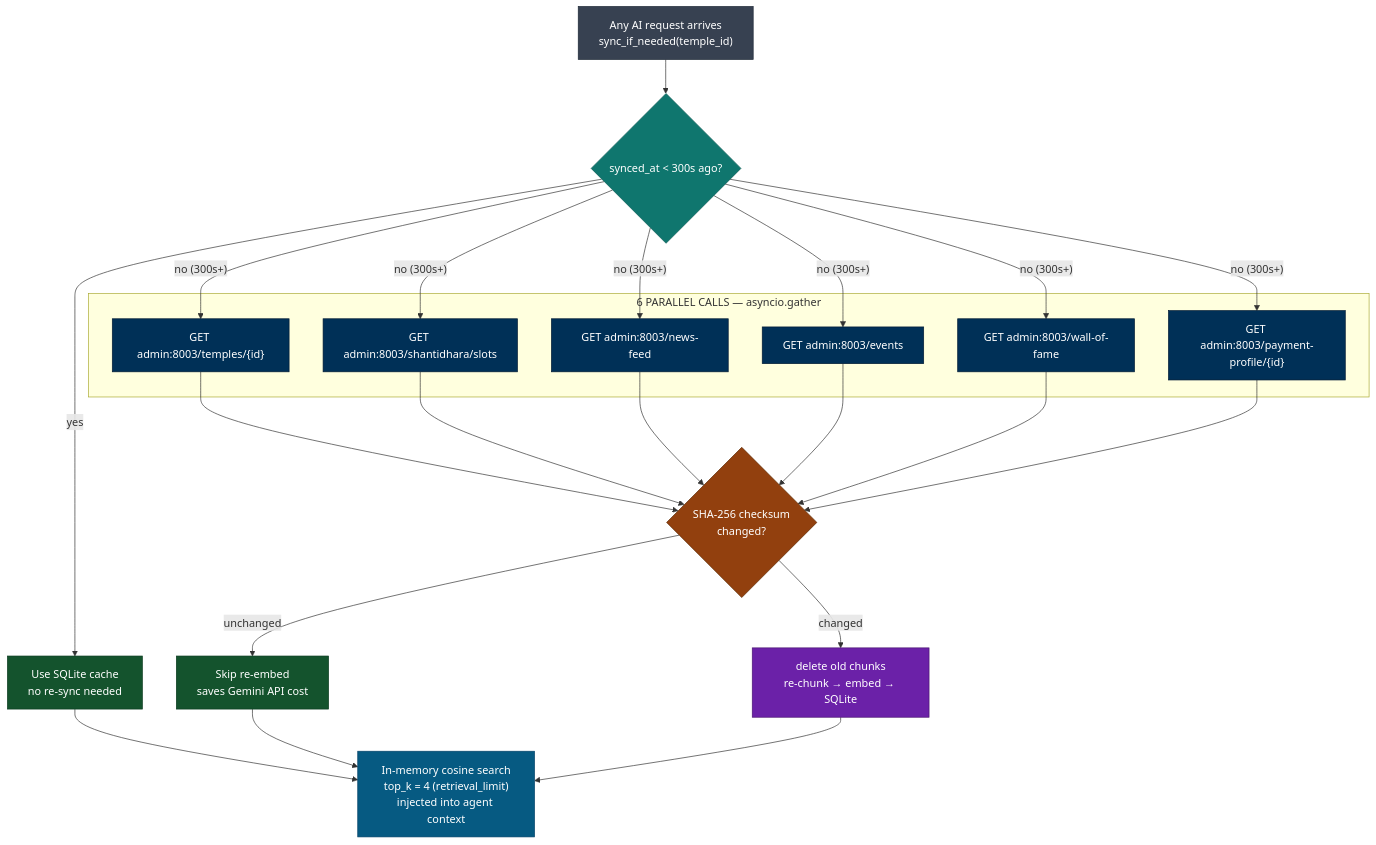
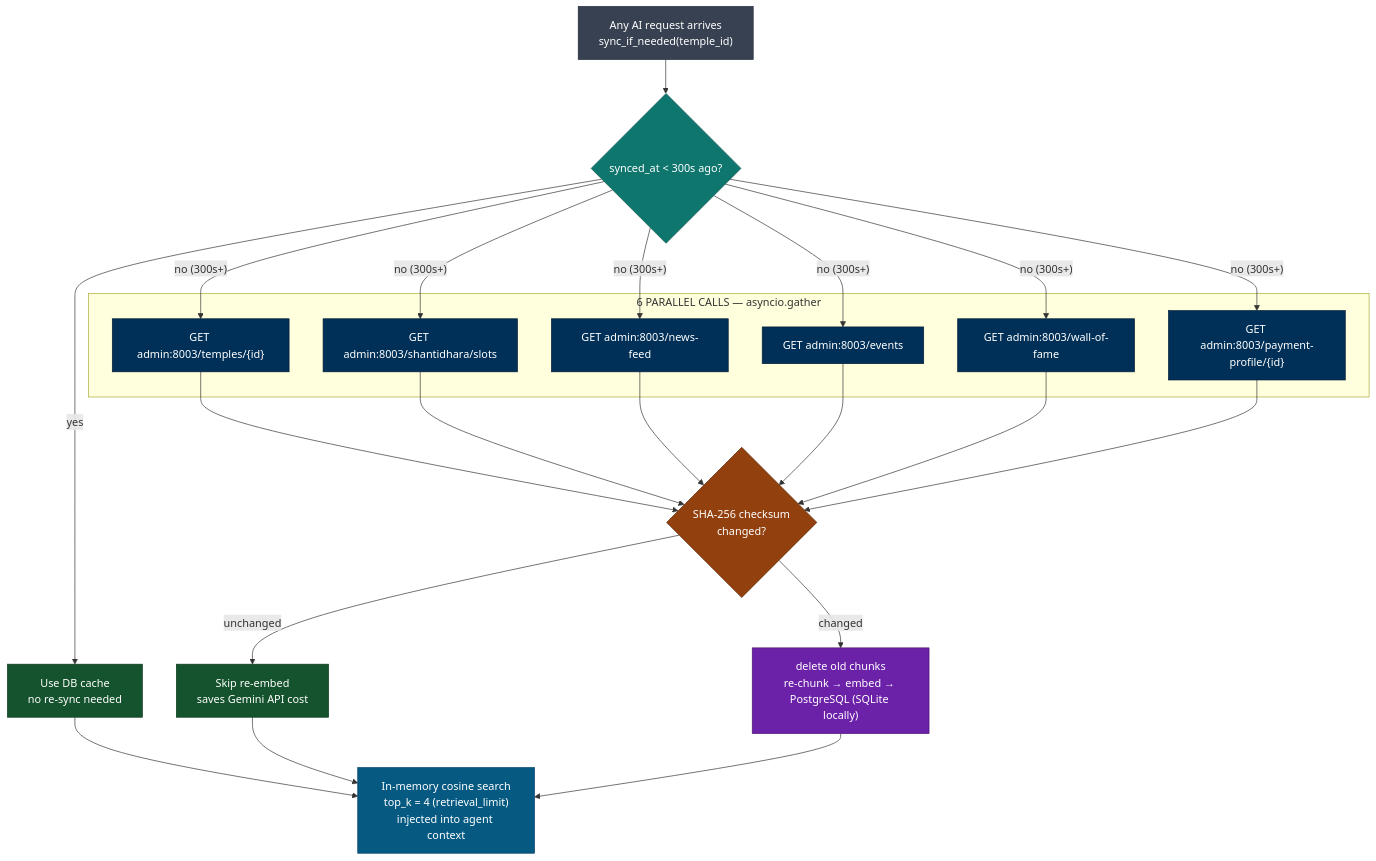
Before and after one commit to apoorv2009/interview-vault: the third of 3 diagrams in aagam-mitra/01-RAG-and-Vector-Search.md, drawn with Mermaid. The commit also changed other lines of this file and 2 other files, not shown here.

First line of the commit message:
docs(aagam-mitra): clarify SQLite is dev-only, PostgreSQL is production target

````diff
--- a/aagam-mitra/01-RAG-and-Vector-Search.md
+++ b/aagam-mitra/01-RAG-and-Vector-Search.md
@@ -78,43 +78,43 @@
 ```mermaid
 flowchart TD
     Trigger["Any AI request arrives<br/>sync_if_needed(temple_id)"]
     TTL{"synced_at < 300s ago?"}
-    Cache["Use SQLite cache<br/>no re-sync needed"]
+    Cache["Use DB cache<br/>no re-sync needed"]
 
     subgraph FETCH["6 PARALLEL CALLS — asyncio.gather"]
         F1["GET admin:8003/temples/{id}"]
         F2["GET admin:8003/shantidhara/slots"]
         F3["GET admin:8003/news-feed"]
         F4["GET admin:8003/events"]
         F5["GET admin:8003/wall-of-fame"]
         F6["GET admin:8003/payment-profile/{id}"]
     end
 
     SHA{"SHA-256 checksum<br/>changed?"}
     Skip["Skip re-embed<br/>saves Gemini API cost"]
-    ReEmbed["delete old chunks<br/>re-chunk → embed → SQLite"]
+    ReEmbed["delete old chunks<br/>re-chunk → embed → PostgreSQL (SQLite locally)"]
     CosSrch["In-memory cosine search<br/>top_k = 4 (retrieval_limit)<br/>injected into agent context"]
 
     Trigger --> TTL
     TTL -- "yes" --> Cache --> CosSrch
     TTL -- "no (300s+)" --> F1 & F2 & F3 & F4 & F5 & F6
     F1 & F2 & F3 & F4 & F5 & F6 --> SHA
     SHA -- "unchanged" --> Skip --> CosSrch
     SHA -- "changed" --> ReEmbed --> CosSrch
 
     classDef trigger fill:#374151,color:#fff,stroke:#1F2937
     classDef ttl fill:#0F766E,color:#fff,stroke:#0B5A54
     classDef cached fill:#14532D,color:#fff,stroke:#0A3A1E
     classDef fetch fill:#003057,color:#fff,stroke:#001933
     classDef sha fill:#92400E,color:#fff,stroke:#5C2800
     classDef embed fill:#6B21A8,color:#fff,stroke:#4A1570
     classDef result fill:#065A82,color:#fff,stroke:#044268
 
     class Trigger trigger
     class TTL ttl
     class Cache,Skip cached
     class F1,F2,F3,F4,F5,F6 fetch
     class SHA sha
     class ReEmbed embed
     class CosSrch result
 ```
````
